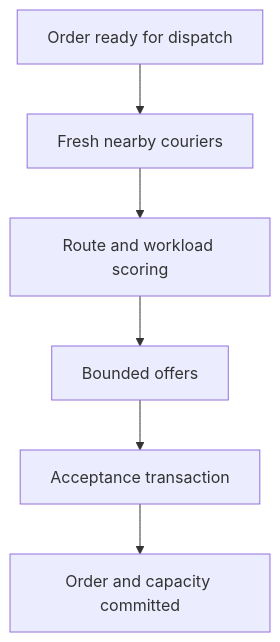
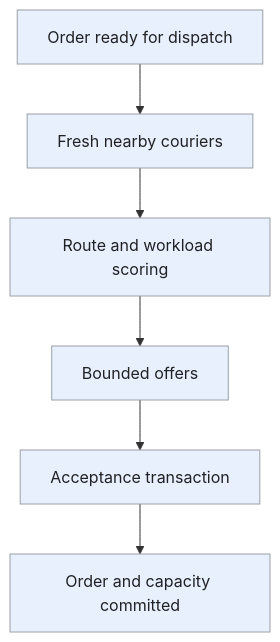
One commit to iliazlobin/iliazlobin.github.io changed the third of 3 diagrams in _designs/system-design-local-delivery.md. Above: the diagram before and after it, drawn with Mermaid. The commit also changed other lines of this file and 20 other files, not shown here.

Commit message:
Improve design flows, tradeoffs, and technology references

````diff
--- a/_designs/system-design-local-delivery.md
+++ b/_designs/system-design-local-delivery.md
@@ -227,8 +267,12 @@
 ```mermaid
 flowchart TB
   O["Order ready for dispatch"] --> G["Fresh nearby couriers"]
   G --> S["Route and workload scoring"]
   S --> F["Bounded offers"]
   F --> A["Acceptance transaction"]
   A --> C["Order and capacity committed"]
+  classDef request fill:#e8f0fe,stroke:#9aa0a6,color:#202124,stroke-width:1px
+  classDef background fill:#e6f4ea,stroke:#9aa0a6,color:#202124,stroke-width:1px
+  classDef control fill:#fef7e0,stroke:#9aa0a6,color:#202124,stroke-width:1px
+  class O,G,S,F,A,C request
 ```
````
